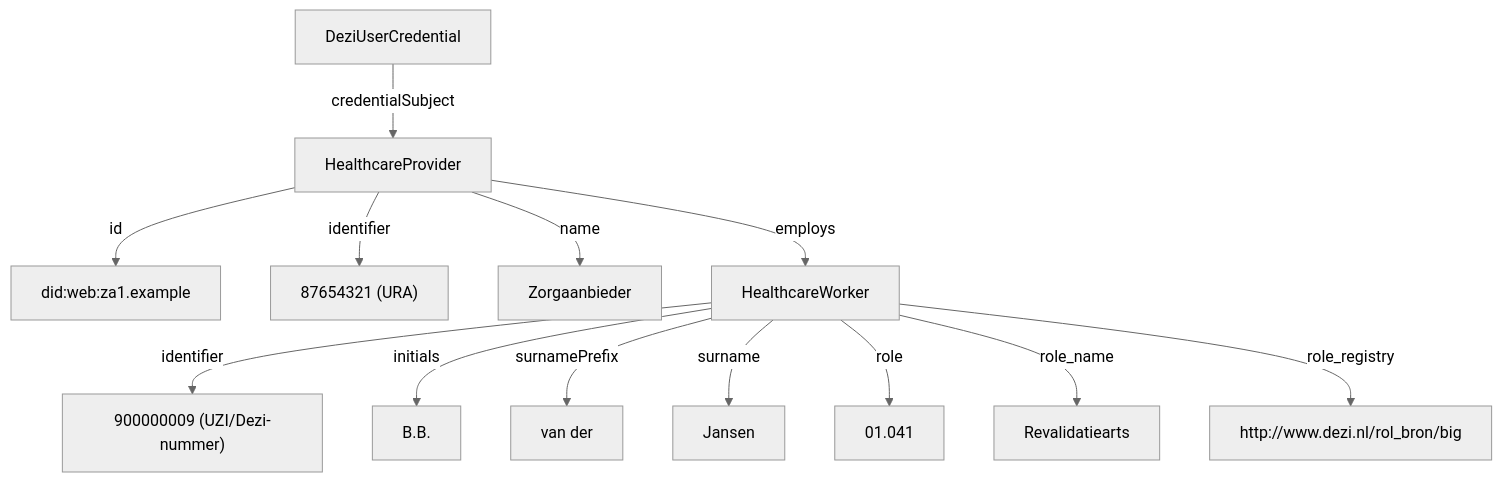
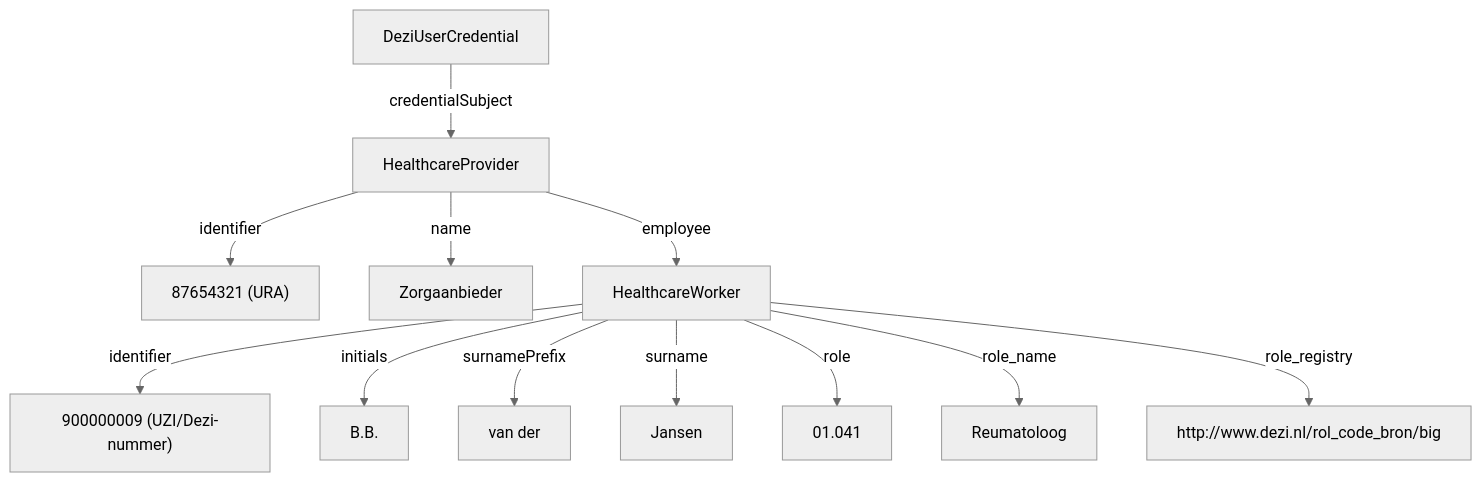
The diagram in input/pagecontent/credential-DeziUserCredential.md (nuts-foundation/nl-generic-functions-ig), drawn with Mermaid (neutral theme) before and after one commit. The commit also changed other lines of this file, not shown here.

First line of the commit message:
Align DeziUserCredential spec with CreateDeziUserCredential() impl

````diff
--- a/input/pagecontent/credential-DeziUserCredential.md
+++ b/input/pagecontent/credential-DeziUserCredential.md
@@ -38,16 +38,15 @@
 ```mermaid
 graph TD
     VC[DeziUserCredential]
     VC -->|credentialSubject| HP[HealthcareProvider]
-    HP -->|id| DID["did:web:za1.example"]
     HP -->|identifier| URA["87654321 (URA)"]
     HP -->|name| NAME["Zorgaanbieder"]
-    HP -->|employs| HW[HealthcareWorker]
+    HP -->|employee| HW[HealthcareWorker]
     HW -->|identifier| UZI["900000009 (UZI/Dezi-nummer)"]
     HW -->|initials| INIT["B.B."]
     HW -->|surnamePrefix| PRE["van der"]
     HW -->|surname| SUR["Jansen"]
     HW -->|role| ROLE["01.041"]
-    HW -->|role_name| ROLENAME["Revalidatiearts"]
-    HW -->|role_registry| ROLEREG["http://www.dezi.nl/rol_bron/big"]
+    HW -->|role_name| ROLENAME["Reumatoloog"]
+    HW -->|role_registry| ROLEREG["http://www.dezi.nl/rol_code_bron/big"]
 ```
````
